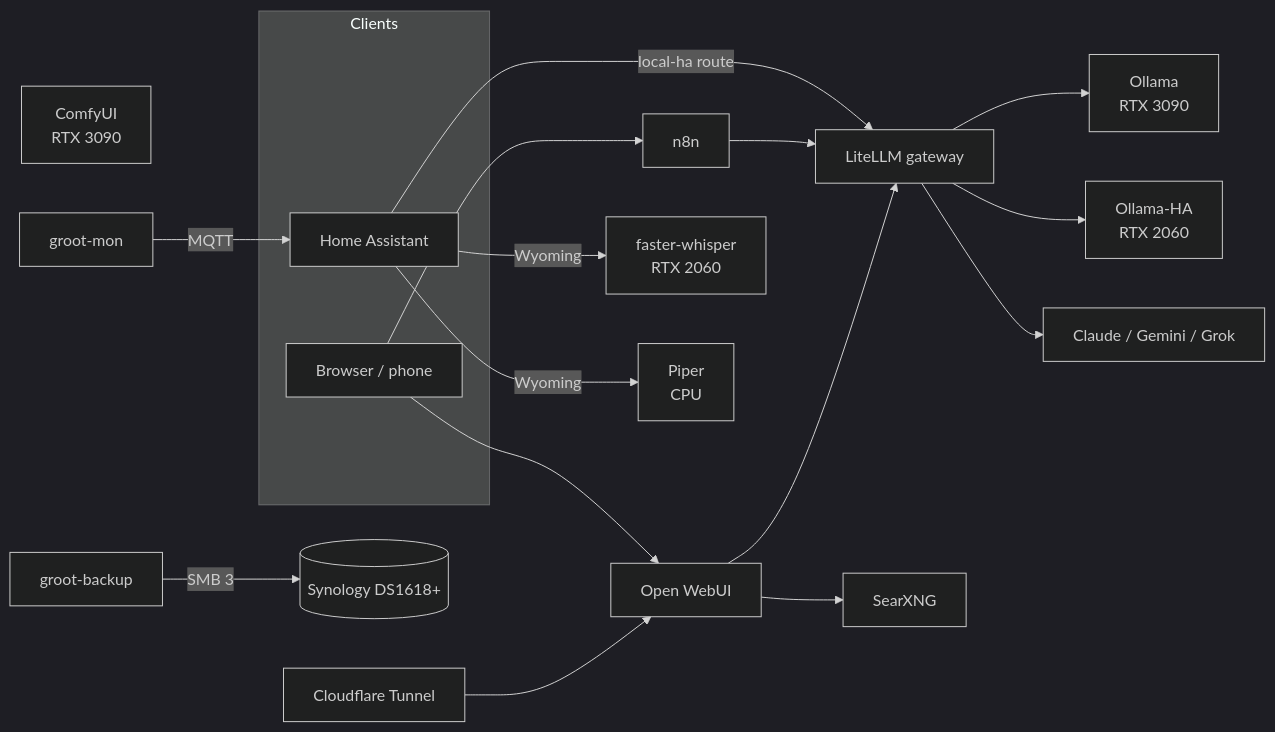
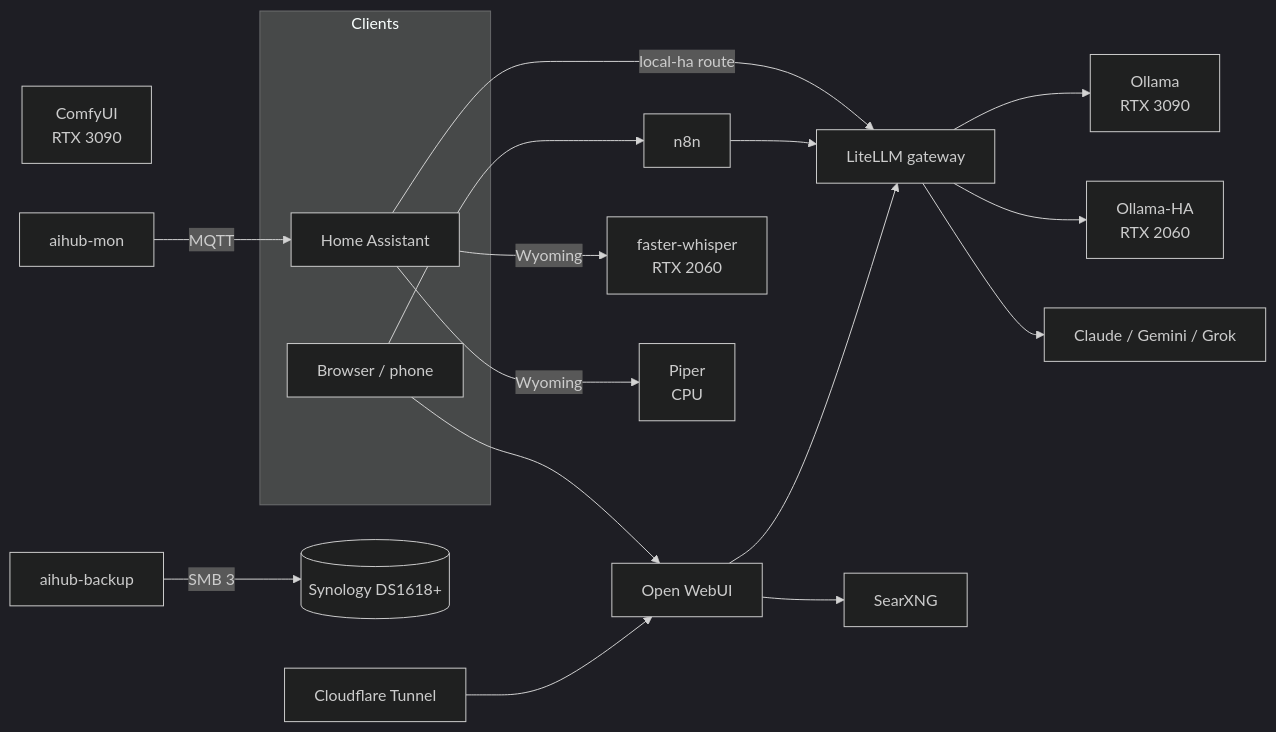
Before and after one commit to PdXGB/ai-hub: the diagram in README.md, drawn with Mermaid (dark theme). The commit also changed other lines of this file and 50 other files, not shown here.

````diff
--- a/README.md
+++ b/README.md
@@ -46,22 +48,22 @@
 ```mermaid
 flowchart LR
   subgraph clients[Clients]
     U[Browser / phone]
     HA[Home Assistant]
   end
   CF[Cloudflare Tunnel] --> OW
   U --> OW[Open WebUI]
   U --> N8N[n8n]
   OW --> LL[LiteLLM gateway]
   N8N --> LL
   HA -- local-ha route --> LL
   LL --> OL[Ollama<br/>RTX 3090]
   LL --> OH[Ollama-HA<br/>RTX 2060]
   LL --> CLOUD[Claude / Gemini / Grok]
   OW --> SX[SearXNG]
   HA -- Wyoming --> WH[faster-whisper<br/>RTX 2060]
   HA -- Wyoming --> PI[Piper<br/>CPU]
   CUI[ComfyUI<br/>RTX 3090]
-  MON[groot-mon] -- MQTT --> HA
-  BAK[groot-backup] -- SMB 3 --> NAS[(Synology DS1618+)]
+  MON[aihub-mon] -- MQTT --> HA
+  BAK[aihub-backup] -- SMB 3 --> NAS[(Synology DS1618+)]
 ```
````
